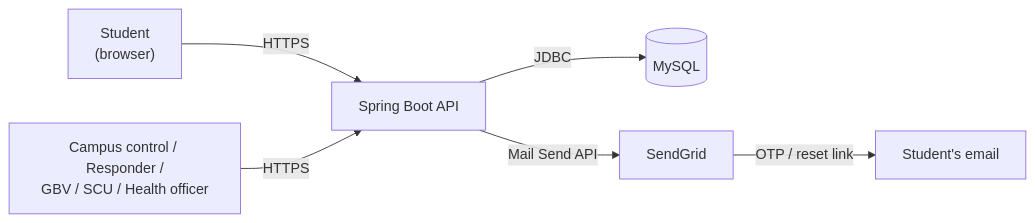
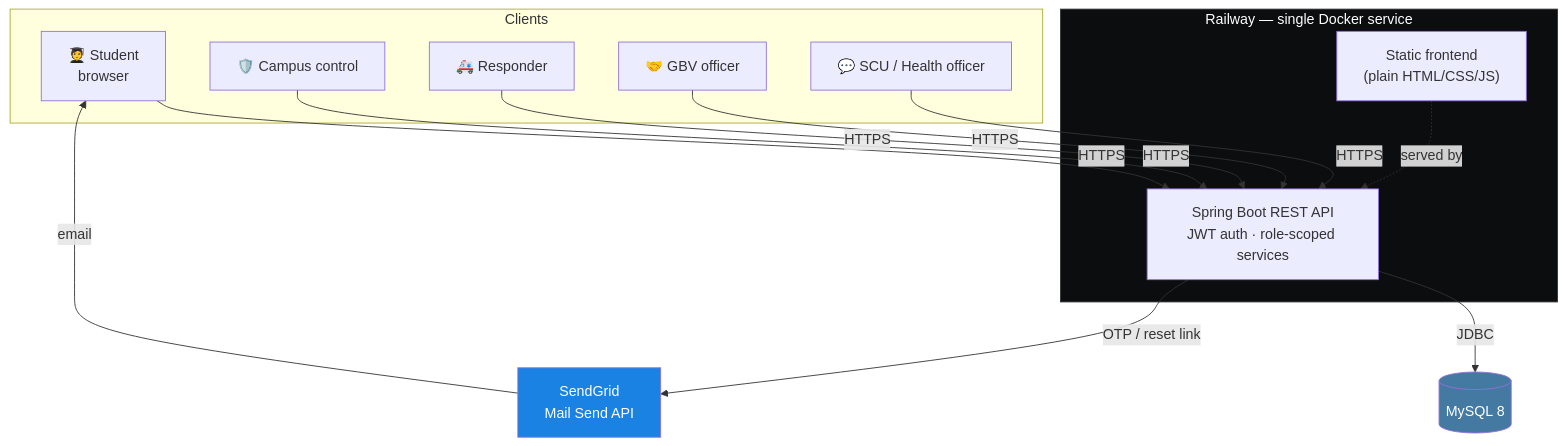
One commit to Mjubane5/ufh-safety-platform changed the first of 4 diagrams in README.md. Above: the diagram before and after it, drawn with Mermaid. The commit also changed other lines of this file, not shown here.

First line of the commit message:
Add diagrams, more badges and an engineering-practices section to the README

````diff
--- a/README.md
+++ b/README.md
@@ -60,8 +63,33 @@
 ```mermaid
-graph LR
-    Student["Student<br/>(browser)"] -->|HTTPS| API[Spring Boot API]
-    Staff["Campus control / Responder /<br/>GBV / SCU / Health officer"] -->|HTTPS| API
-    API -->|JDBC| DB[(MySQL)]
-    API -->|Mail Send API| SendGrid[SendGrid]
-    SendGrid -->|OTP / reset link| Inbox["Student's email"]
+flowchart TB
+    subgraph Clients
+        S["🧑‍🎓 Student<br/>browser"]
+        C["🛡️ Campus control"]
+        R["🚑 Responder"]
+        G["🤝 GBV officer"]
+        W["💬 SCU / Health officer"]
+    end
+
+    subgraph Railway["Railway — single Docker service"]
+        FE["Static frontend<br/>(plain HTML/CSS/JS)"]
+        API["Spring Boot REST API<br/>JWT auth · role-scoped services"]
+        FE -. served by .-> API
+    end
+
+    DB[("MySQL 8")]
+    SG["SendGrid<br/>Mail Send API"]
+
+    S -- HTTPS --> API
+    C -- HTTPS --> API
+    R -- HTTPS --> API
+    G -- HTTPS --> API
+    W -- HTTPS --> API
+
+    API -- JDBC --> DB
+    API -- OTP / reset link --> SG
+    SG -- email --> S
+
+    style Railway fill:#0B0D0E,color:#fff,stroke:#333
+    style DB fill:#4479A1,color:#fff
+    style SG fill:#1A82E2,color:#fff
 ```
````
